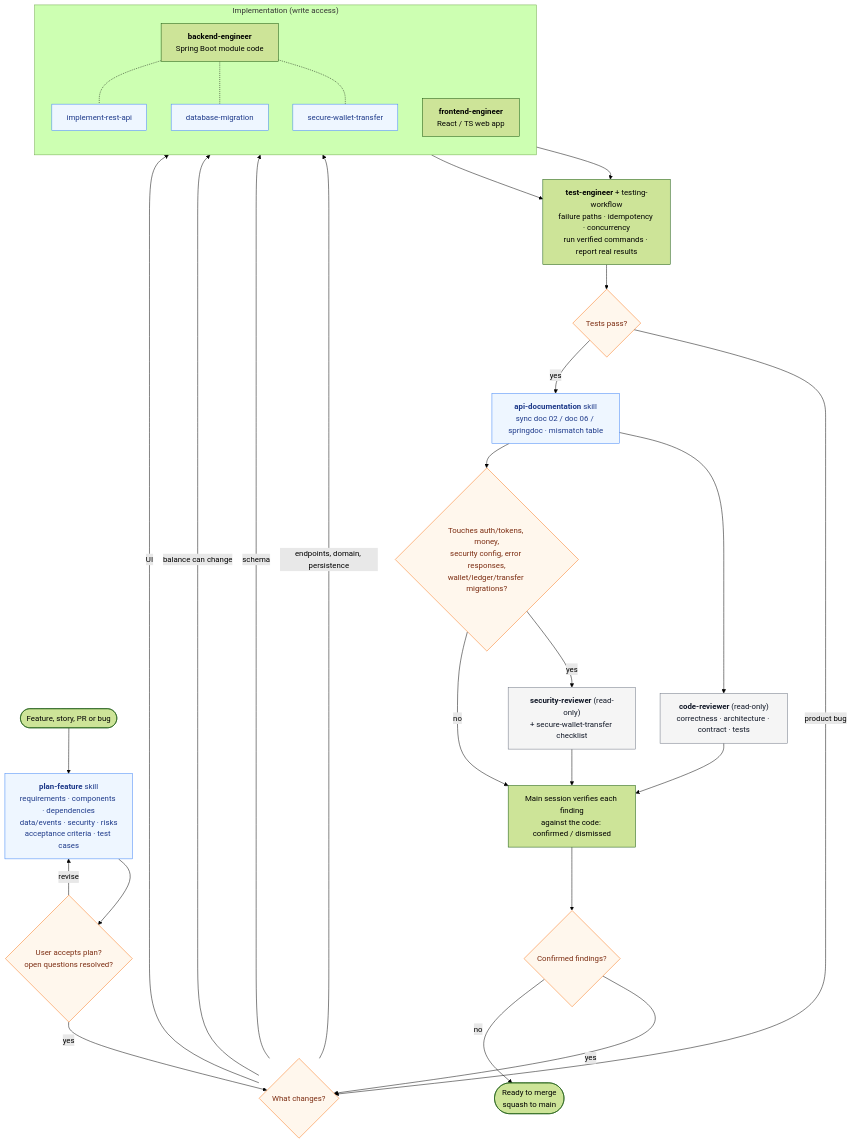
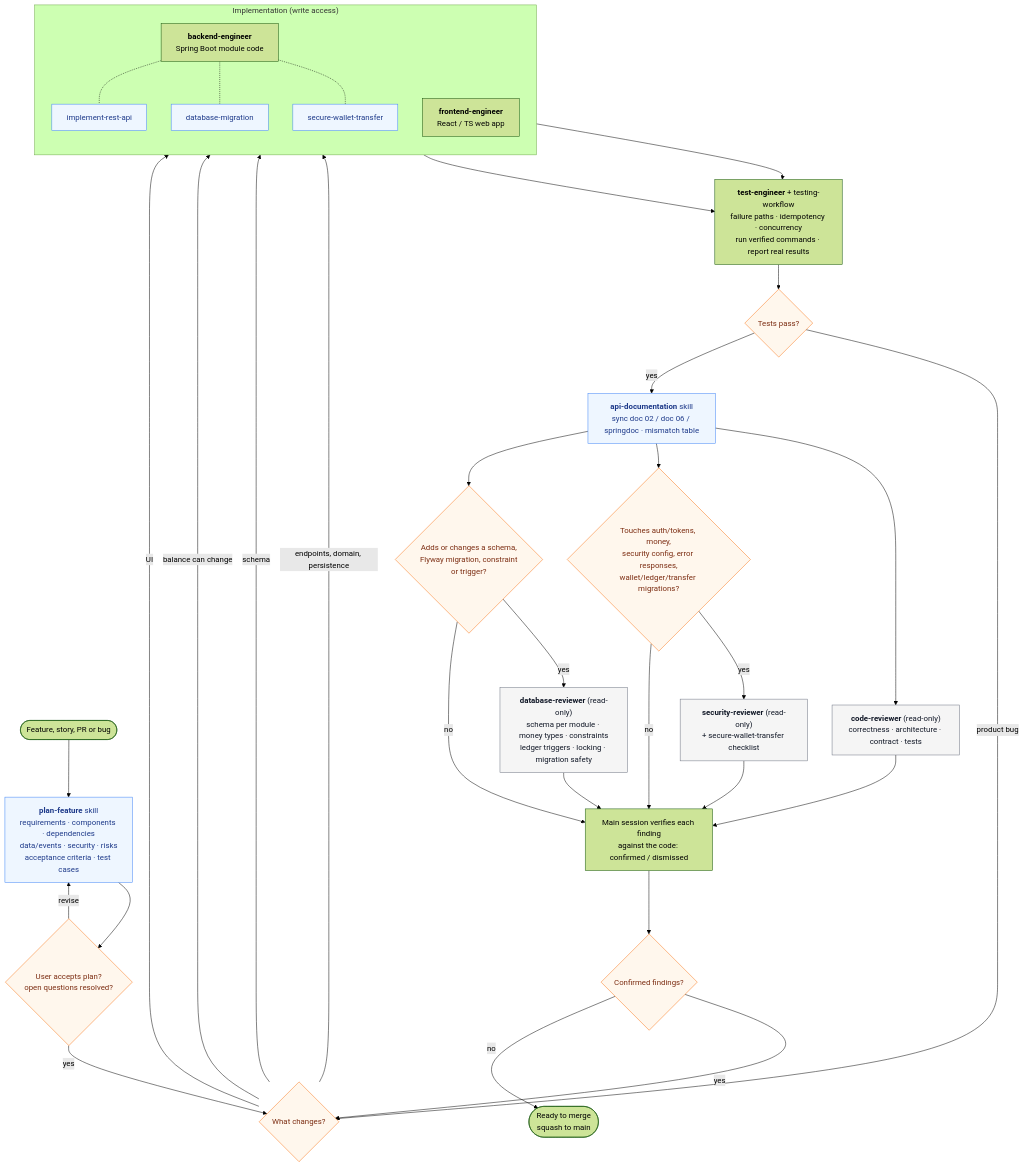
Before and after one commit to KSTKaung/Digital-Wallet-Platform: the first of 2 diagrams in .claude/WORKFLOW.md, drawn with Mermaid (forest theme). The commit also changed other lines of this file and 12 other files, not shown here.

````diff
--- a/.claude/WORKFLOW.md
+++ b/.claude/WORKFLOW.md
@@ -7,47 +7,51 @@
 ```mermaid
 flowchart TD
     REQ(["Feature, story, PR or bug"]) --> PLAN["<b>plan-feature</b> skill<br/>requirements · components · dependencies<br/>data/events · security · risks<br/>acceptance criteria · test cases"]
     PLAN --> G1{"User accepts plan?<br/>open questions resolved?"}
     G1 -- "revise" --> PLAN
     G1 -- "yes" --> ROUTE{"What changes?"}
 
     subgraph IMPL["Implementation (write access)"]
         direction TB
         BE["<b>backend-engineer</b><br/>Spring Boot module code"]
         FE["<b>frontend-engineer</b><br/>React / TS web app"]
         BE -.- S_API["implement-rest-api"]
         BE -.- S_DB["database-migration"]
         BE -.- S_MONEY["secure-wallet-transfer"]
     end
 
     ROUTE -- "endpoints, domain, persistence" --> BE
     ROUTE -- "schema" --> BE
     ROUTE -- "balance can change" --> BE
     ROUTE -- "UI" --> FE
 
     BE --> TEST
     FE --> TEST
     TEST["<b>test-engineer</b> + testing-workflow<br/>failure paths · idempotency · concurrency<br/>run verified commands · report real results"]
     TEST --> TR{"Tests pass?"}
     TR -- "product bug" --> ROUTE
     TR -- "yes" --> DOCS["<b>api-documentation</b> skill<br/>sync doc 02 / doc 06 / springdoc · mismatch table"]
 
     DOCS --> CR["<b>code-reviewer</b> (read-only)<br/>correctness · architecture · contract · tests"]
     DOCS --> SQ{"Touches auth/tokens, money,<br/>security config, error responses,<br/>wallet/ledger/transfer migrations?"}
     SQ -- "yes" --> SR["<b>security-reviewer</b> (read-only)<br/>+ secure-wallet-transfer checklist"]
     SQ -- "no" --> VERIFY
+    DOCS --> DQ{"Adds or changes a schema,<br/>Flyway migration, constraint<br/>or trigger?"}
+    DQ -- "yes" --> DR["<b>database-reviewer</b> (read-only)<br/>schema per module · money types · constraints<br/>ledger triggers · locking · migration safety"]
+    DQ -- "no" --> VERIFY
     CR --> VERIFY
     SR --> VERIFY
+    DR --> VERIFY
 
     VERIFY["Main session verifies each finding<br/>against the code: confirmed / dismissed"]
     VERIFY --> G2{"Confirmed findings?"}
     G2 -- "yes" --> ROUTE
     G2 -- "no" --> DONE(["Ready to merge<br/>squash to main"])
 
     classDef skill fill:#eef6ff,stroke:#3b82f6,color:#1e3a8a;
     classDef ro fill:#f5f5f5,stroke:#6b7280,color:#111827;
     classDef gate fill:#fff7ed,stroke:#f97316,color:#7c2d12;
     class PLAN,DOCS,S_API,S_DB,S_MONEY skill;
-    class CR,SR ro;
-    class G1,ROUTE,TR,SQ,G2 gate;
+    class CR,SR,DR ro;
+    class G1,ROUTE,TR,SQ,DQ,G2 gate;
 ```
````
